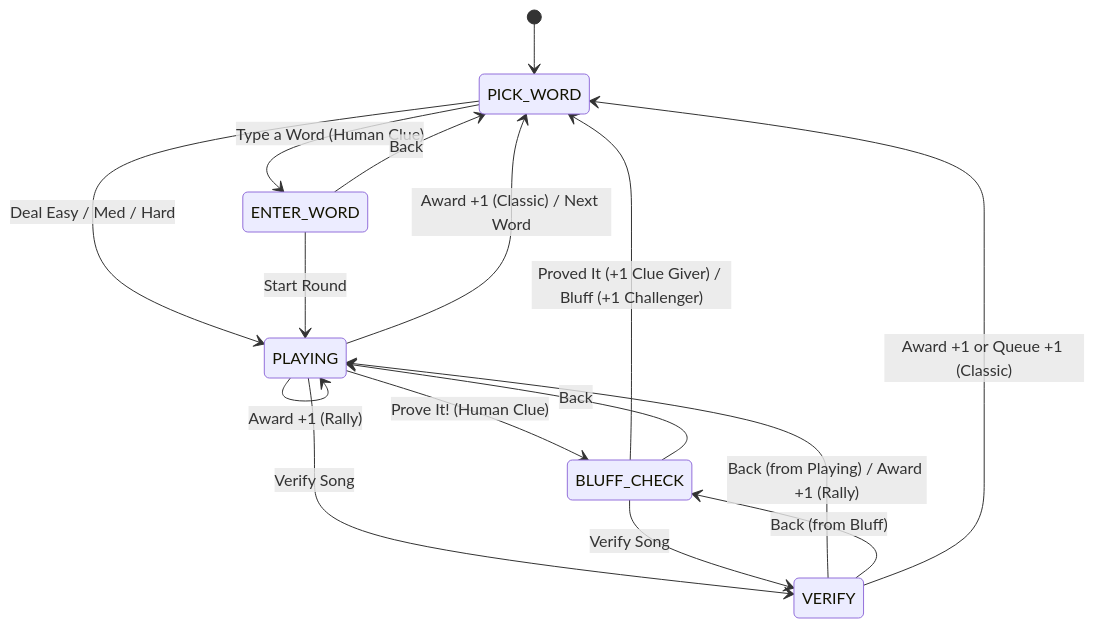
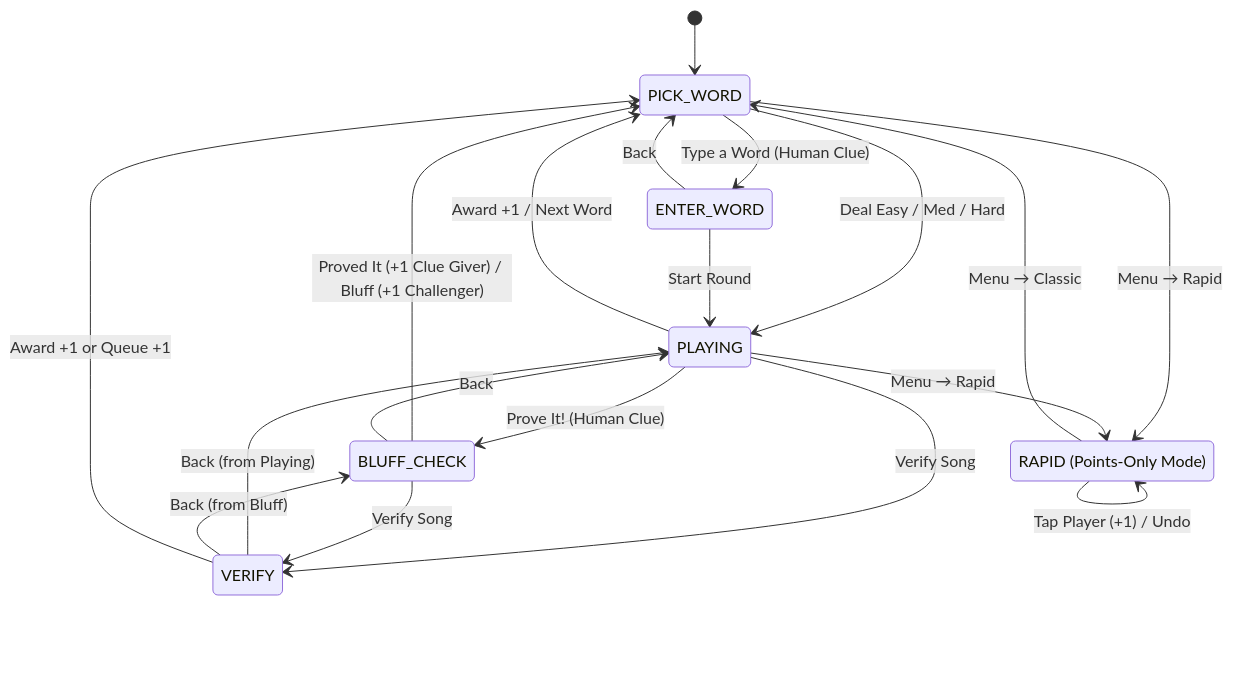
The first of 2 diagrams in docs/architecture.md (zenware/CarGames), drawn with Mermaid before and after one commit. The commit also changed other lines of this file and 4 other files, not shown here.

Commit message:
Replace Rally with points-only Rapid mode and add invisible Classic elapsedMs metadata

````diff
--- a/docs/architecture.md
+++ b/docs/architecture.md
@@ -28,23 +28,28 @@
 ```mermaid
 stateDiagram-v2
     [*] --> PICK_WORD
 
     PICK_WORD --> ENTER_WORD : Type a Word (Human Clue)
     PICK_WORD --> PLAYING : Deal Easy / Med / Hard
 
     ENTER_WORD --> PLAYING : Start Round
     ENTER_WORD --> PICK_WORD : Back
 
-    PLAYING --> PICK_WORD : Award +1 (Classic) / Next Word
-    PLAYING --> PLAYING : Award +1 (Rally)
+    PLAYING --> PICK_WORD : Award +1 / Next Word
     PLAYING --> BLUFF_CHECK : Prove It! (Human Clue)
     PLAYING --> VERIFY : Verify Song
 
     BLUFF_CHECK --> PICK_WORD : Proved It (+1 Clue Giver) / Bluff (+1 Challenger)
     BLUFF_CHECK --> PLAYING : Back
     BLUFF_CHECK --> VERIFY : Verify Song
 
-    VERIFY --> PLAYING : Back (from Playing) / Award +1 (Rally)
+    VERIFY --> PLAYING : Back (from Playing)
     VERIFY --> BLUFF_CHECK : Back (from Bluff)
-    VERIFY --> PICK_WORD : Award +1 or Queue +1 (Classic)
+    VERIFY --> PICK_WORD : Award +1 or Queue +1
+
+    state "RAPID (Points-Only Mode)" as RAPID
+    PICK_WORD --> RAPID : Menu → Rapid
+    PLAYING --> RAPID : Menu → Rapid
+    RAPID --> RAPID : Tap Player (+1) / Undo
+    RAPID --> PICK_WORD : Menu → Classic
 ```
````
